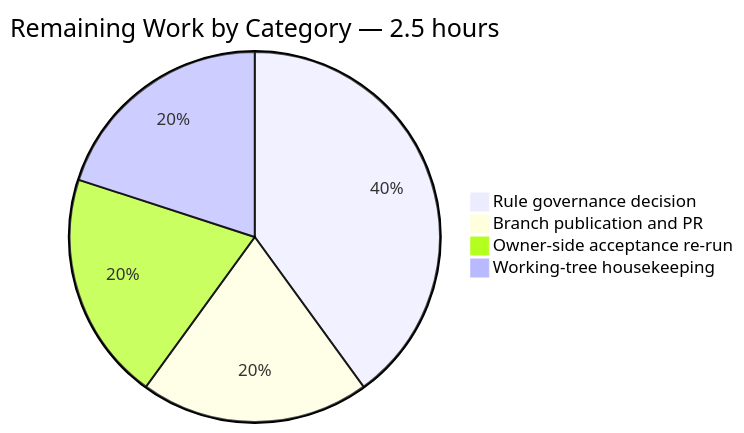
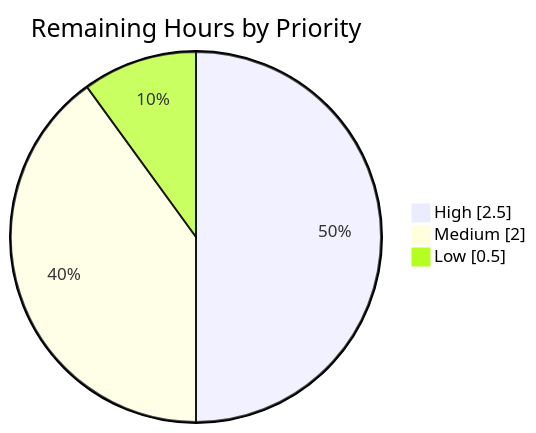
One commit to ajitblitzy/Ajit_GH_Repo-12-Mar-26 changed the third of 3 diagrams in blitzy/documentation/Project Guide.md. Above: the diagram before and after it, drawn with Mermaid. The commit also changed other lines of this file, not shown here.

Commit message:
Adding Blitzy Project Guide: Project Status and Human Tasks Remaining

````diff
--- a/blitzy/documentation/Project Guide.md
+++ b/blitzy/documentation/Project Guide.md
@@ -191,7 +212,6 @@
 ```mermaid
-pie title Remaining Work by Category — 2.5 hours
-    "Rule governance decision" : 1.0
-    "Branch publication and PR" : 0.5
-    "Owner-side acceptance re-run" : 0.5
-    "Working-tree housekeeping" : 0.5
+pie showData title Remaining Hours by Priority
+    "High" : 2.5
+    "Medium" : 2
+    "Low" : 0.5
 ```
````
